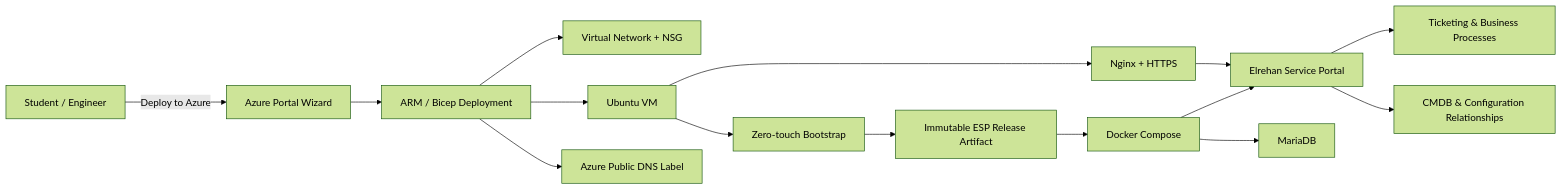
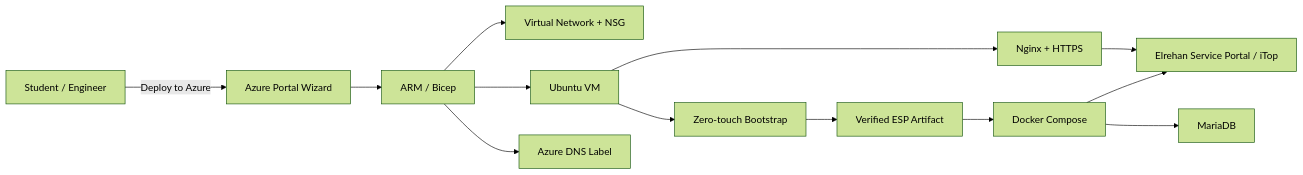
The second of 2 diagrams in README.md (Elrehan-Academy/elrehan-service-portal-azure), drawn with Mermaid (forest theme) before and after one commit. The commit also changed other lines of this file, not shown here.

Commit message:
docs: focus ESP Academy scope on ITIL and self-service automation

````diff
--- a/README.md
+++ b/README.md
@@ -55,17 +109,15 @@
 ```mermaid
 flowchart LR
     U[Student / Engineer] -->|Deploy to Azure| P[Azure Portal Wizard]
-    P --> ARM[ARM / Bicep Deployment]
+    P --> ARM[ARM / Bicep]
     ARM --> VNET[Virtual Network + NSG]
     ARM --> VM[Ubuntu VM]
-    ARM --> DNS[Azure Public DNS Label]
+    ARM --> DNS[Azure DNS Label]
     VM --> BOOT[Zero-touch Bootstrap]
-    BOOT --> ART[Immutable ESP Release Artifact]
+    BOOT --> ART[Verified ESP Artifact]
     ART --> DOCKER[Docker Compose]
-    DOCKER --> ESP[Elrehan Service Portal]
+    DOCKER --> ESP[Elrehan Service Portal / iTop]
     DOCKER --> DB[MariaDB]
     VM --> NGINX[Nginx + HTTPS]
     NGINX --> ESP
-    ESP --> ITSM[Ticketing & Business Processes]
-    ESP --> CMDB[CMDB & Configuration Relationships]
 ```
````
